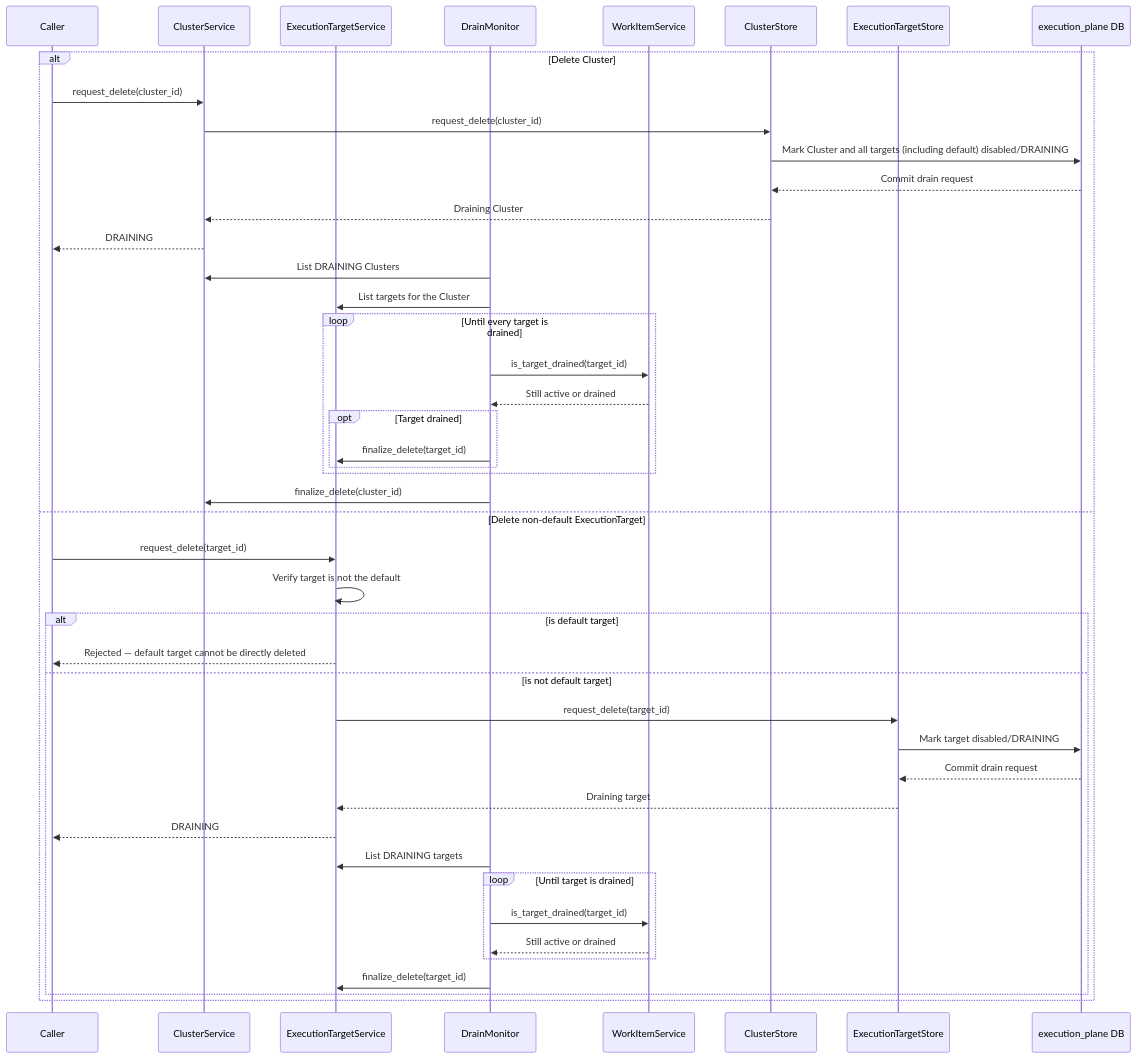
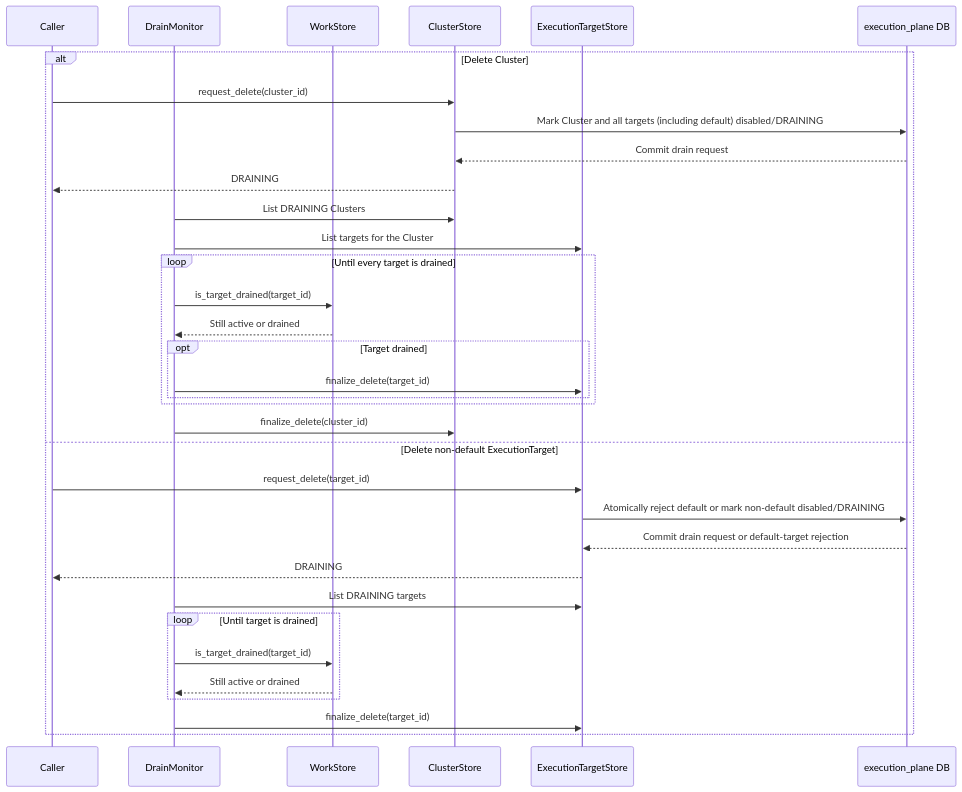
One commit to AlanCoding/syntara-execution-plane changed the fourth of 5 diagrams in docs/cluster-and-target-services.md. Above: the diagram before and after it, drawn with Mermaid. The commit also changed other lines of this file and 48 other files, not shown here.

````diff
--- a/docs/cluster-and-target-services.md
+++ b/docs/cluster-and-target-services.md
@@ -308,48 +308,37 @@
 ```mermaid
 sequenceDiagram
     participant C as Caller
-    participant CR as ClusterService
-    participant TR as ExecutionTargetService
     participant DM as DrainMonitor
-    participant WR as WorkItemService
+    participant WR as WorkStore
     participant CS as ClusterStore
     participant TS as ExecutionTargetStore
     participant DB as execution_plane DB
 
     alt Delete Cluster
-        C->>CR: request_delete(cluster_id)
-        CR->>CS: request_delete(cluster_id)
+        C->>CS: request_delete(cluster_id)
         CS->>DB: Mark Cluster and all targets (including default) disabled/DRAINING
         DB-->>CS: Commit drain request
-        CS-->>CR: Draining Cluster
-        CR-->>C: DRAINING
-        DM->>CR: List DRAINING Clusters
-        DM->>TR: List targets for the Cluster
+        CS-->>C: DRAINING
+        DM->>CS: List DRAINING Clusters
+        DM->>TS: List targets for the Cluster
         loop Until every target is drained
             DM->>WR: is_target_drained(target_id)
             WR-->>DM: Still active or drained
             opt Target drained
-                DM->>TR: finalize_delete(target_id)
+                DM->>TS: finalize_delete(target_id)
             end
         end
-        DM->>CR: finalize_delete(cluster_id)
+        DM->>CS: finalize_delete(cluster_id)
     else Delete non-default ExecutionTarget
-        C->>TR: request_delete(target_id)
-        TR->>TR: Verify target is not the default
-        alt is default target
-            TR-->>C: Rejected — default target cannot be directly deleted
-        else is not default target
-            TR->>TS: request_delete(target_id)
-            TS->>DB: Mark target disabled/DRAINING
-            DB-->>TS: Commit drain request
-            TS-->>TR: Draining target
-            TR-->>C: DRAINING
-            DM->>TR: List DRAINING targets
-            loop Until target is drained
-                DM->>WR: is_target_drained(target_id)
-                WR-->>DM: Still active or drained
-            end
-            DM->>TR: finalize_delete(target_id)
+        C->>TS: request_delete(target_id)
+        TS->>DB: Atomically reject default or mark non-default disabled/DRAINING
+        DB-->>TS: Commit drain request or default-target rejection
+        TS-->>C: DRAINING
+        DM->>TS: List DRAINING targets
+        loop Until target is drained
+            DM->>WR: is_target_drained(target_id)
+            WR-->>DM: Still active or drained
         end
+        DM->>TS: finalize_delete(target_id)
     end
 ```
````
